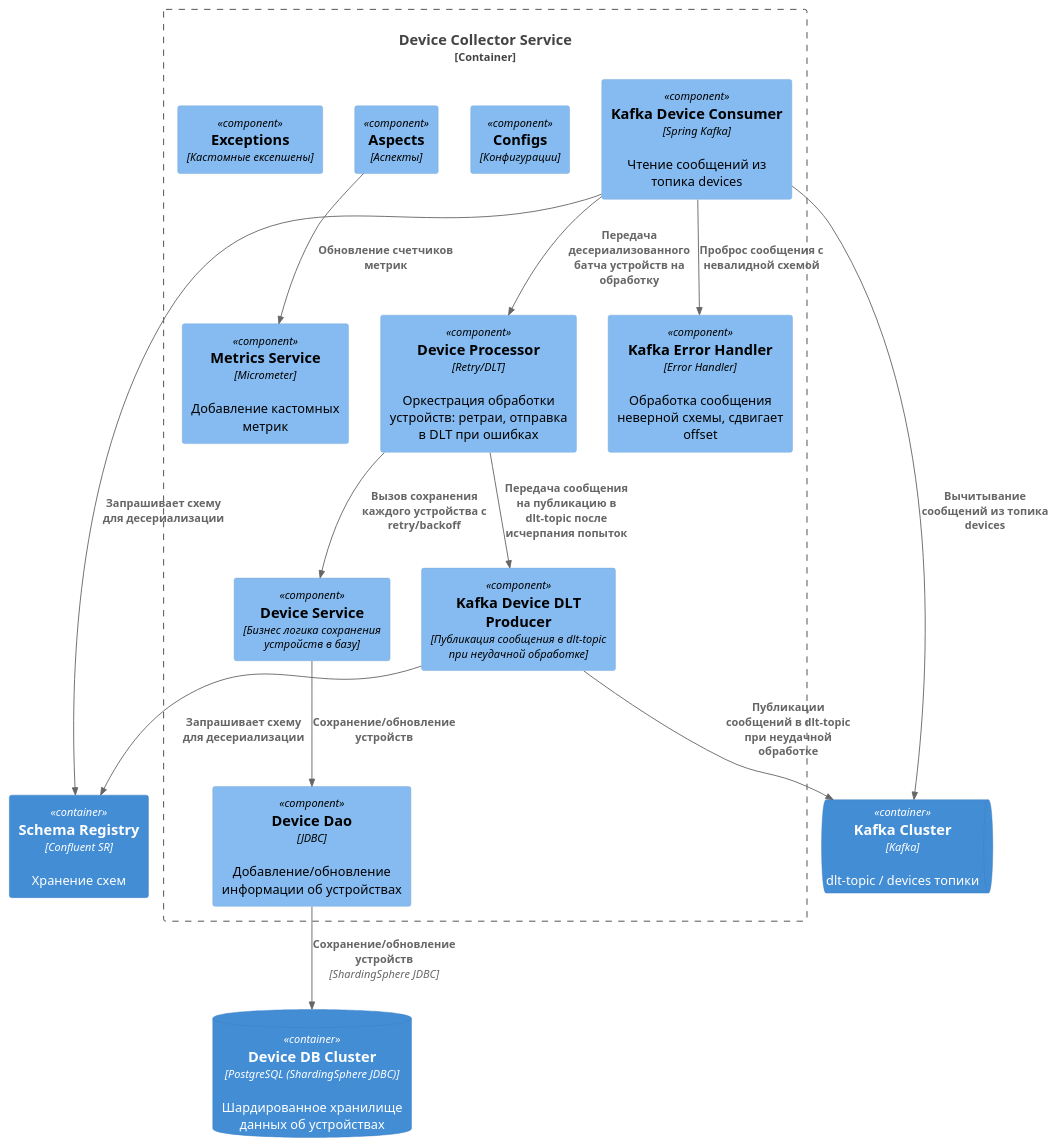
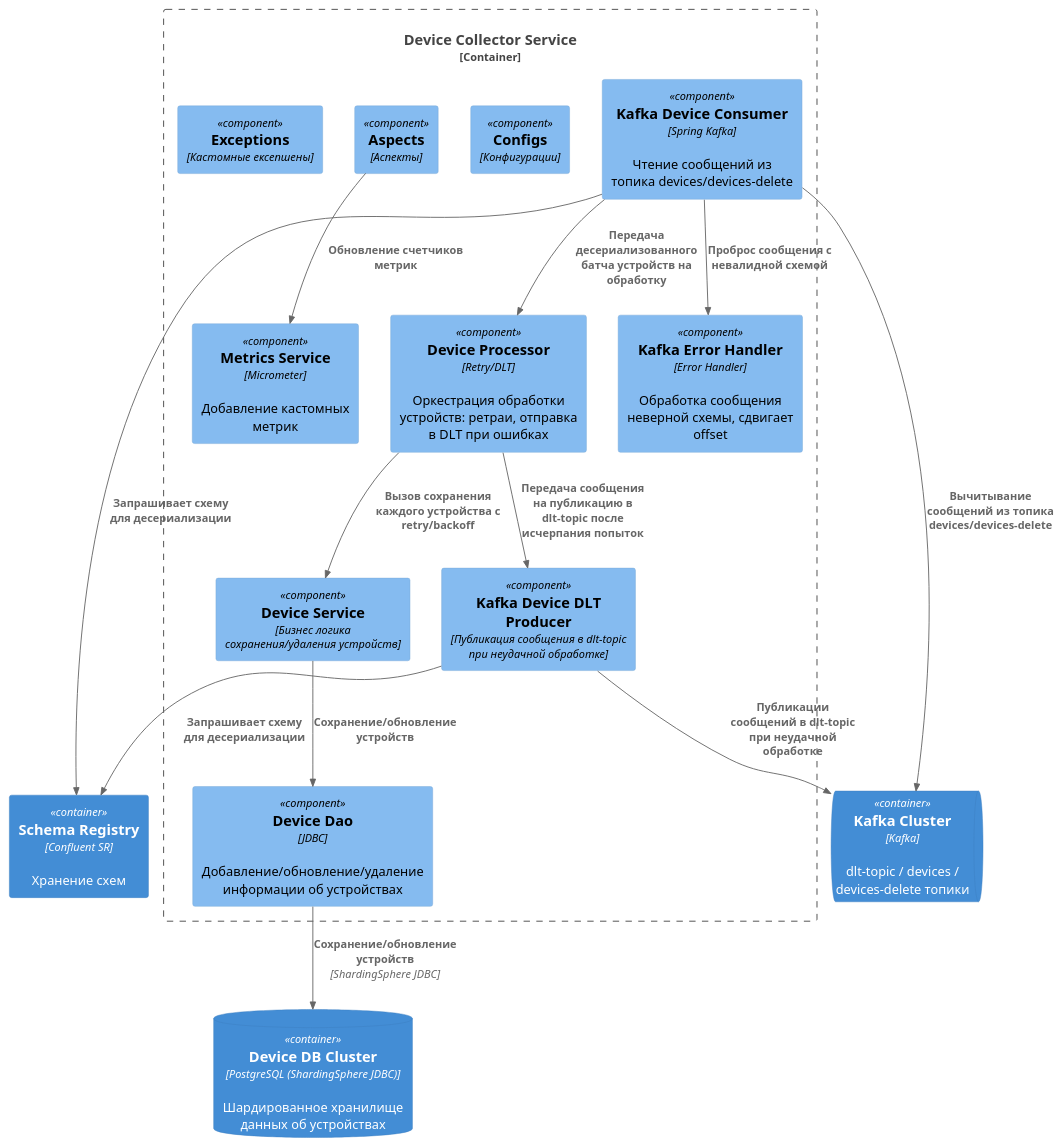
The diagram in device-collector/diagrams/component.puml (SinglePlayer56/iot), drawn with PlantUML before and after one commit. The commit also changed 4 other files, not shown here.

Commit message:
Add sequence diagram for device-service. Update diagrams.

```diff
--- a/device-collector/diagrams/component.puml
+++ b/device-collector/diagrams/component.puml
@@ -1,34 +1,34 @@
 @startuml
 !includeurl https://raw.githubusercontent.com/plantuml-stdlib/C4-PlantUML/master/C4_Component.puml
 
 Container_Boundary(device_collector_service, "Device Collector Service") {
     Component(device_processor, "Device Processor", "Retry/DLT", "Оркестрация обработки устройств: ретраи, отправка в DLT при ошибках")
-    Component(device_service, "Device Service", "Бизнес логика сохранения устройств в базу")
-    Component(device_repo, "Device Dao", "JDBC", "Добавление/обновление информации об устройствах")
-    Component(kafka_device_consumer, "Kafka Device Consumer", "Spring Kafka", "Чтение сообщений из топика devices")
+    Component(device_service, "Device Service", "Бизнес логика сохранения/удаления устройств")
+    Component(device_repo, "Device Dao", "JDBC", "Добавление/обновление/удаление информации об устройствах")
+    Component(kafka_device_consumer, "Kafka Device Consumer", "Spring Kafka", "Чтение сообщений из топика devices/devices-delete")
     Component(metrics_service, "Metrics Service", "Micrometer", "Добавление кастомных метрик")
     Component(configs, "Configs", "Конфигурации")
     Component(aspects, "Aspects", "Аспекты")
     Component(exceptions, "Exceptions", "Кастомные ексепшены")
     Component(kafka_device_dlt_producer, "Kafka Device DLT Producer", "Публикация сообщения в dlt-topic при неудачной обработке")
     Component(kafka_error_handler, "Kafka Error Handler", "Error Handler", "Обработка сообщения неверной схемы, сдвигает offset")
 
     Rel(aspects, metrics_service, "Обновление счетчиков метрик")
     Rel(device_service, device_repo, "Сохранение/обновление устройств")
     Rel(kafka_device_consumer, device_processor, "Передача десериализованного батча устройств на обработку")
     Rel(kafka_device_consumer, kafka_error_handler, "Проброс сообщения с невалидной схемой")
     Rel(device_processor, device_service, "Вызов сохранения каждого устройства с retry/backoff")
     Rel(device_processor, kafka_device_dlt_producer, "Передача сообщения на публикацию в dlt-topic после исчерпания попыток")
 }
 
 ContainerDb(device_collector_data, "Device DB Cluster", "PostgreSQL (ShardingSphere JDBC)", "Шардированное хранилище данных об устройствах")
-ContainerQueue(kafka, "Kafka Cluster", "Kafka", "dlt-topic / devices топики")
+ContainerQueue(kafka, "Kafka Cluster", "Kafka", "dlt-topic / devices / devices-delete топики")
 Container(schema_registry, "Schema Registry", "Confluent SR", "Хранение схем")
 
 Rel(kafka_device_consumer, schema_registry, "Запрашивает схему для десериализации")
 Rel(kafka_device_dlt_producer, schema_registry, "Запрашивает схему для десериализации")
-Rel(kafka_device_consumer, kafka, "Вычитывание сообщений из топика devices")
+Rel(kafka_device_consumer, kafka, "Вычитывание сообщений из топика devices/devices-delete")
 Rel(kafka_device_dlt_producer, kafka, "Публикации сообщений в dlt-topic при неудачной обработке")
 Rel(device_repo,device_collector_data, "Сохранение/обновление устройств", "ShardingSphere JDBC")
 
 @enduml
```
